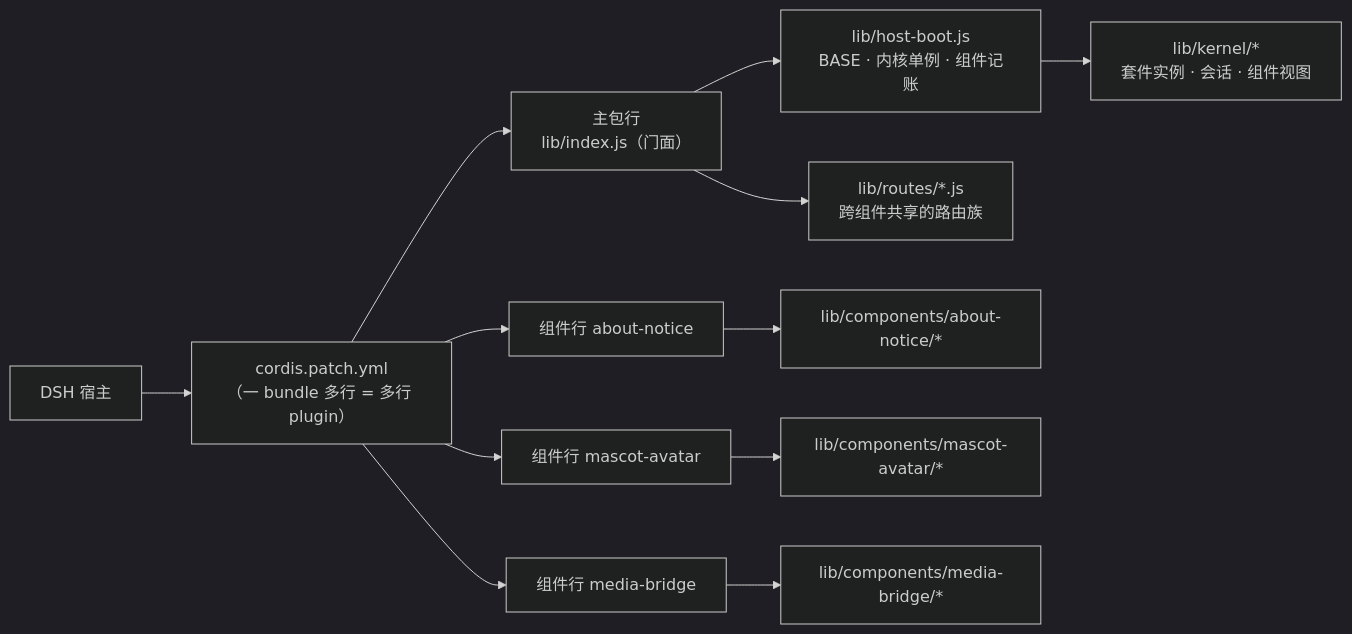
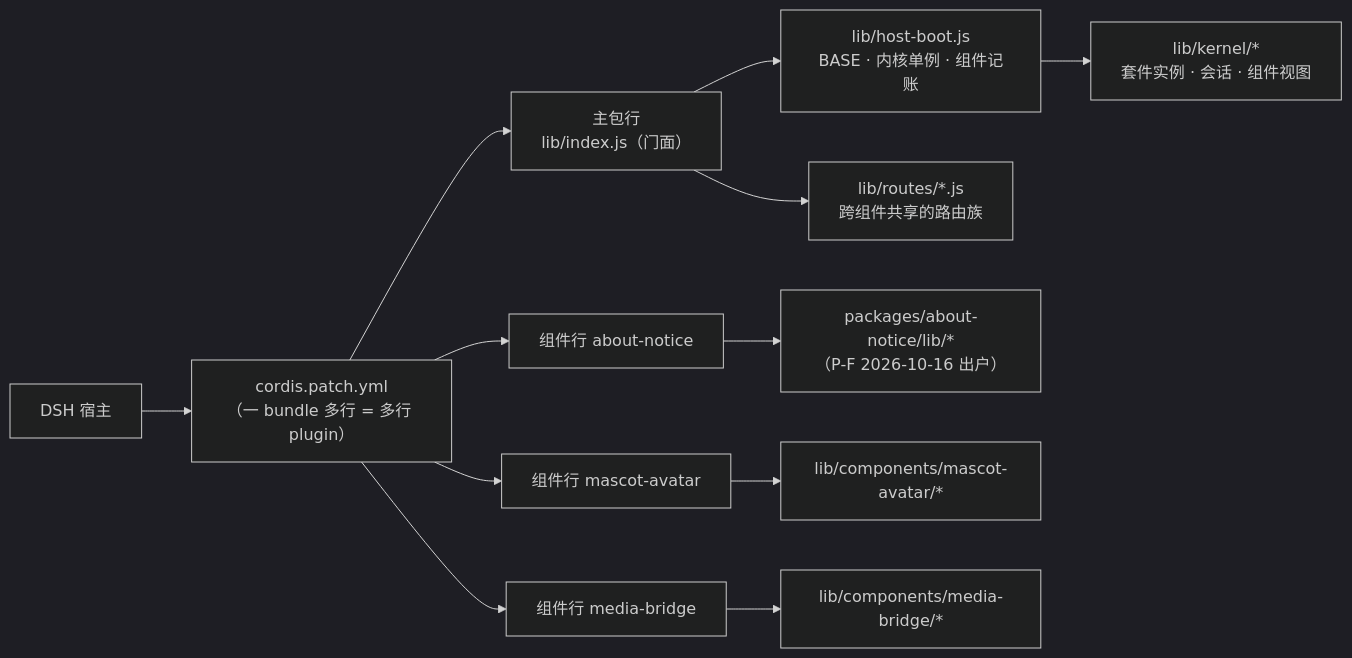
Before and after one commit to AuroraAeon/dsh-wallpaper-engine: the diagram in docs/ARCHITECTURE-SPLIT.md, drawn with Mermaid (dark theme). The commit also changed other lines of this file and 31 other files, not shown here.

First line of the commit message:
refactor(bundle-split): P-F 组件行统一 —— 步 0 接线 + about-notice 出户

````diff
--- a/docs/ARCHITECTURE-SPLIT.md
+++ b/docs/ARCHITECTURE-SPLIT.md
@@ -35,14 +35,14 @@
 ```mermaid
 graph LR
     HOST["DSH 宿主"] --> P["cordis.patch.yml<br/>（一 bundle 多行 = 多行 plugin）"]
     P --> MAIN["主包行<br/>lib/index.js（门面）"]
     P --> C1["组件行 about-notice"]
     P --> C2["组件行 mascot-avatar"]
     P --> C3["组件行 media-bridge"]
     MAIN --> BOOT["lib/host-boot.js<br/>BASE · 内核单例 · 组件记账"]
     BOOT --> KN["lib/kernel/*<br/>套件实例 · 会话 · 组件视图"]
     MAIN --> R["lib/routes/*.js<br/>跨组件共享的路由族"]
-    C1 --> R1["lib/components/about-notice/*"]
+    C1 --> R1["packages/about-notice/lib/*<br/>（P-F 2026-10-16 出户）"]
     C2 --> R2["lib/components/mascot-avatar/*"]
     C3 --> R3["lib/components/media-bridge/*"]
 ```
````
